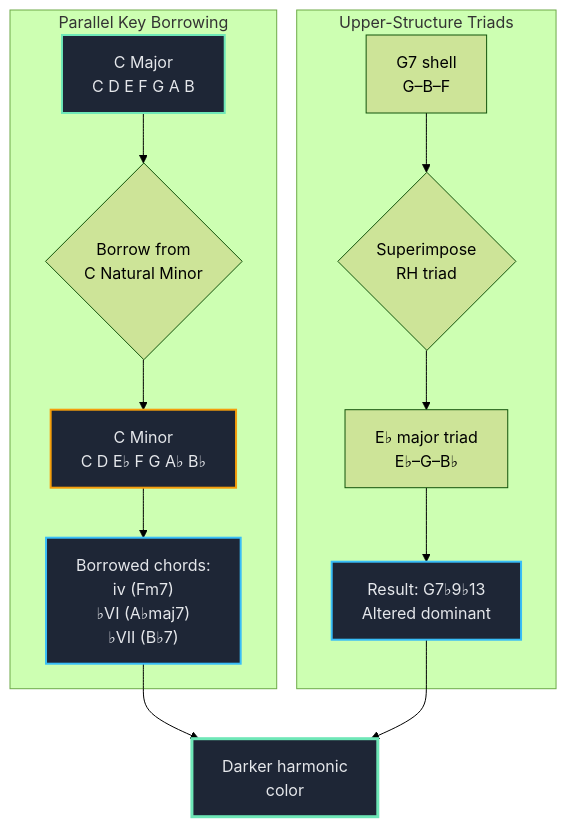
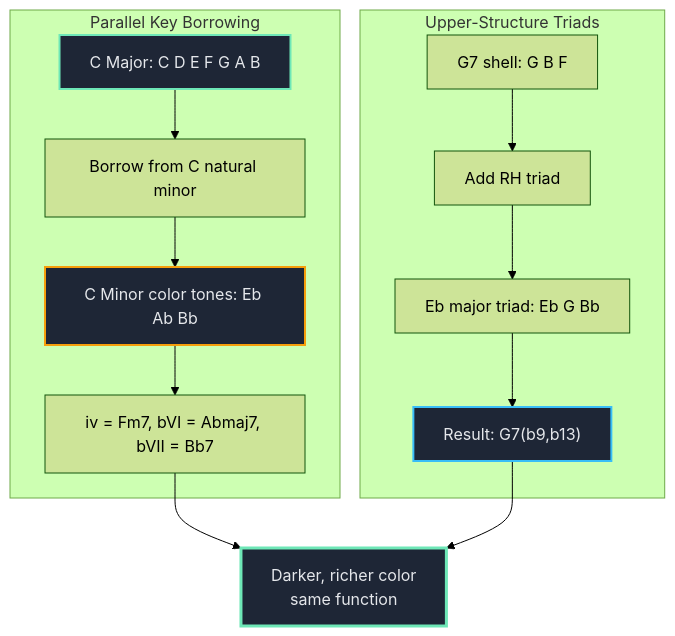
The third of 5 diagrams in topics/arts/composition/jazz_harmony/labs.md (blebleblee/synapse), drawn with Mermaid (forest theme) before and after one commit. The commit also changed other lines of this file and 4 other files, not shown here.

````diff
--- a/topics/arts/composition/jazz_harmony/labs.md
+++ b/topics/arts/composition/jazz_harmony/labs.md
@@ -723,23 +311,19 @@
 ```mermaid
 graph TB
     subgraph sub_parallel ["Parallel Key Borrowing"]
-        A["C Major<br/>C D E F G A B"] --> B{"Borrow from<br/>C Natural Minor"}
-        B --> C["C Minor<br/>C D E♭ F G A♭ B♭"]
-        C --> D["Borrowed chords:<br/>iv (Fm7)<br/>♭VI (A♭maj7)<br/>♭VII (B♭7)"]
+        A["C Major: C D E F G A B"] --> B["Borrow from C natural minor"]
+        B --> C["C Minor color tones: Eb Ab Bb"]
+        C --> D["iv = Fm7, bVI = Abmaj7, bVII = Bb7"]
     end
-    
     subgraph sub_upper ["Upper-Structure Triads"]
-        E["G7 shell<br/>G–B–F"] --> F{"Superimpose<br/>RH triad"}
-        F --> G["E♭ major triad<br/>E♭–G–B♭"]
-        G --> H["Result: G7♭9♭13<br/>Altered dominant"]
+        E["G7 shell: G B F"] --> F["Add RH triad"]
+        F --> G["Eb major triad: Eb G Bb"]
+        G --> H["Result: G7(b9,b13)"]
     end
-    
-    D --> I["Darker harmonic<br/>color"]
+    D --> I["Darker, richer color<br/>same function"]
     H --> I
-    
     style A fill:#1E2636,stroke:#6EE7B7,stroke-width:2px,color:#E5E7EB
     style C fill:#1E2636,stroke:#F59E0B,stroke-width:2px,color:#E5E7EB
-    style D fill:#1E2636,stroke:#38BDF8,stroke-width:2px,color:#E5E7EB
     style H fill:#1E2636,stroke:#38BDF8,stroke-width:2px,color:#E5E7EB
     style I fill:#1E2636,stroke:#6EE7B7,stroke-width:3px,color:#E5E7EB
 ```
````
